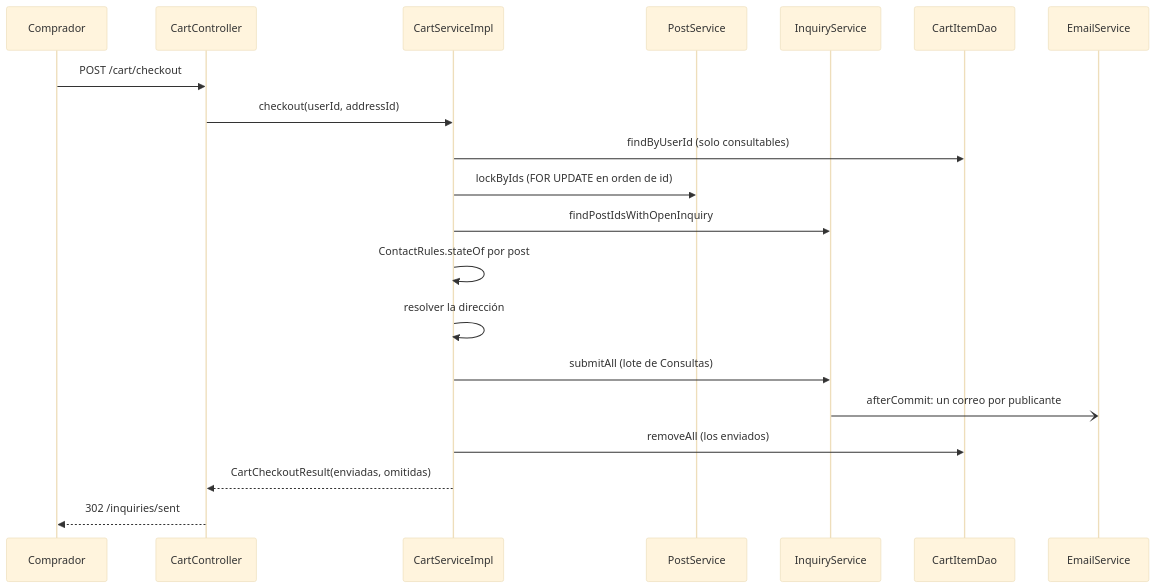
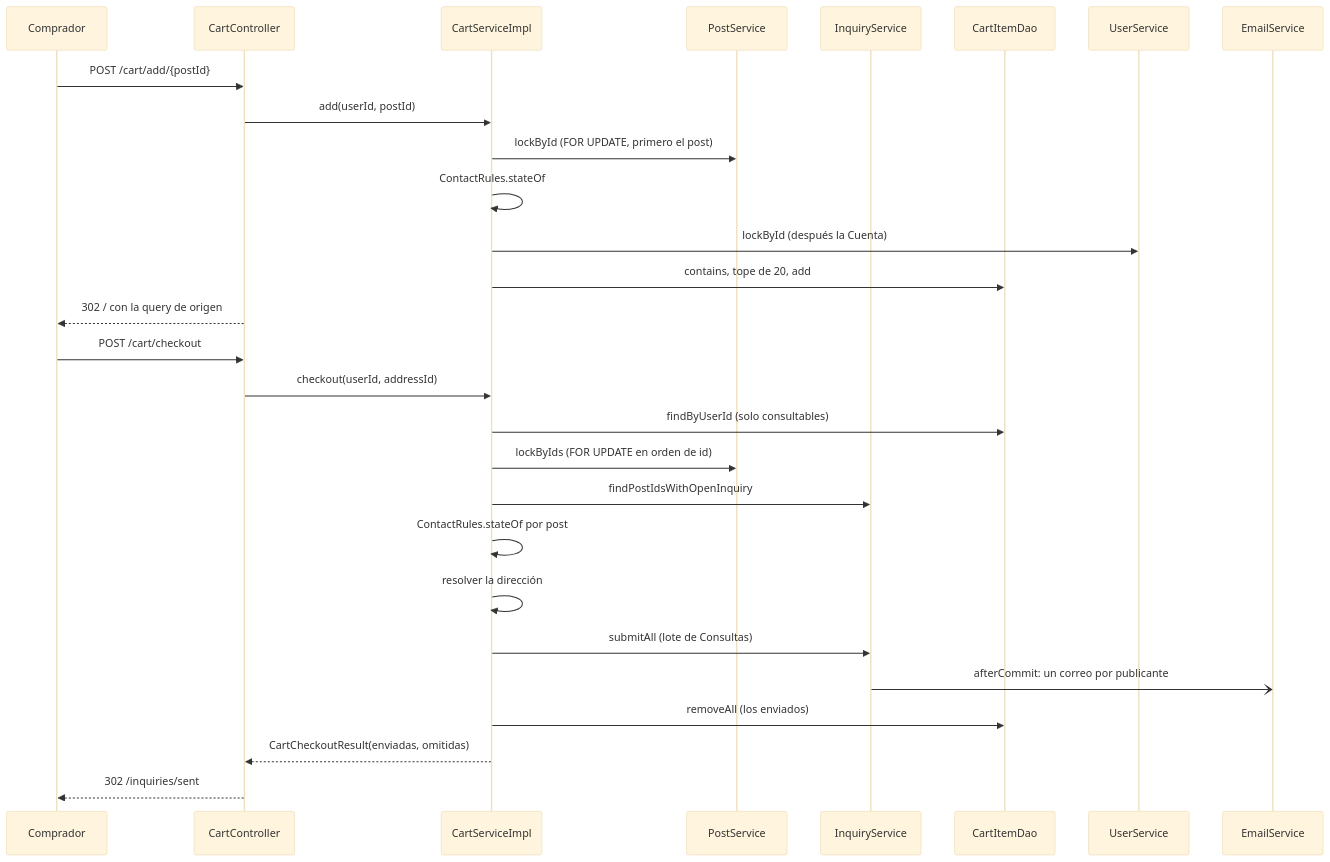
Before and after one commit to BautistaPessagno/PAW_Vault: the diagram in .vaultbuild/drafts/Cart flow.md, drawn with Mermaid (base theme). The commit also changed other lines of this file and 342 other files, not shown here.

````diff
--- a/.vaultbuild/drafts/Cart flow.md
+++ b/.vaultbuild/drafts/Cart flow.md
@@ -72,22 +72,30 @@
 ```mermaid
 sequenceDiagram
     participant B as Comprador
     participant C as CartController
     participant S as CartServiceImpl
     participant P as PostService
     participant I as InquiryService
     participant D as CartItemDao
+    participant U as UserService
     participant M as EmailService
+    B->>C: POST /cart/add/{postId}
+    C->>S: add(userId, postId)
+    S->>P: lockById (FOR UPDATE, primero el post)
+    S->>S: ContactRules.stateOf
+    S->>U: lockById (después la Cuenta)
+    S->>D: contains, tope de 20, add
+    C-->>B: 302 / con la query de origen
     B->>C: POST /cart/checkout
     C->>S: checkout(userId, addressId)
     S->>D: findByUserId (solo consultables)
     S->>P: lockByIds (FOR UPDATE en orden de id)
     S->>I: findPostIdsWithOpenInquiry
     S->>S: ContactRules.stateOf por post
     S->>S: resolver la dirección
     S->>I: submitAll (lote de Consultas)
     I-)M: afterCommit: un correo por publicante
     S->>D: removeAll (los enviados)
     S-->>C: CartCheckoutResult(enviadas, omitidas)
     C-->>B: 302 /inquiries/sent
 ```
````
